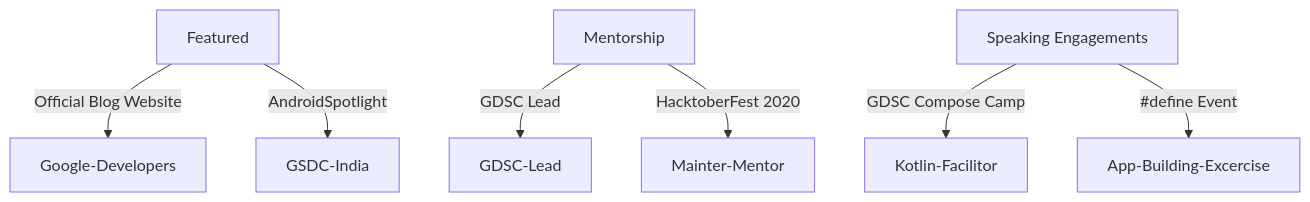
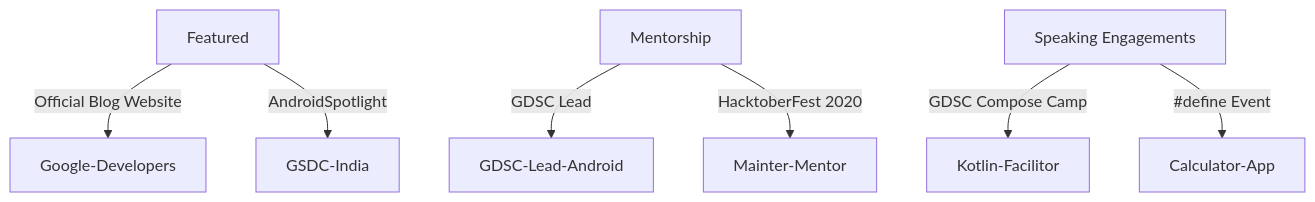
One commit to rahulsain/rahulsain changed the third of 3 diagrams in README.md. Above: the diagram before and after it, drawn with Mermaid. The commit also changed other lines of this file, not shown here.

````diff
--- a/README.md
+++ b/README.md
@@ -59,18 +58,18 @@
 ```mermaid
 graph TD
   %% Featured Achievements
   feat[Featured]
   feat -->|Official Blog Website| Google-Developers
   feat -->|AndroidSpotlight| GSDC-India
 
   %% Mentorship Roles
   mentor[Mentorship]
-  mentor -->|GDSC Lead| GDSC-Lead
+  mentor -->|GDSC Lead| GDSC-Lead-Android
   mentor -->|HacktoberFest 2020| Mainter-Mentor
 
   %% Speaking Engagements
   speak[Speaking Engagements]
   speak -->|GDSC Compose Camp| Kotlin-Facilitor
-  speak -->|#define Event| App-Building-Excercise
+  speak -->|#define Event| Calculator-App
 
 ```
````
